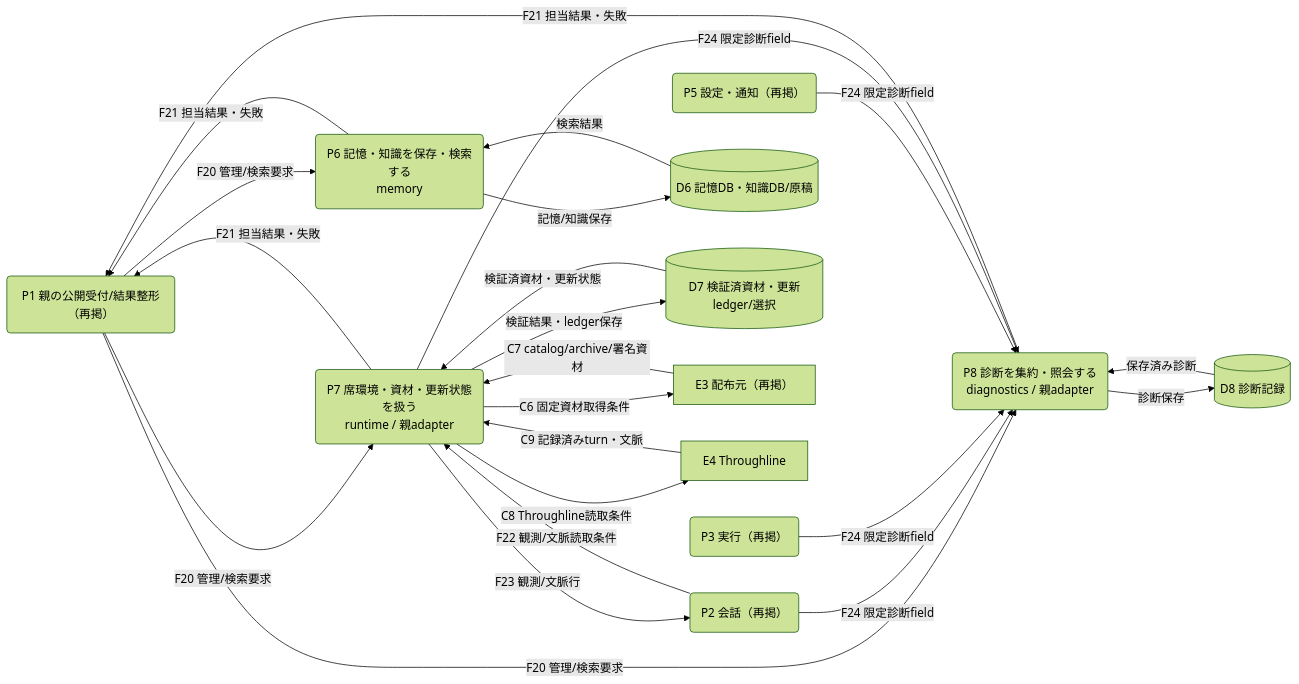
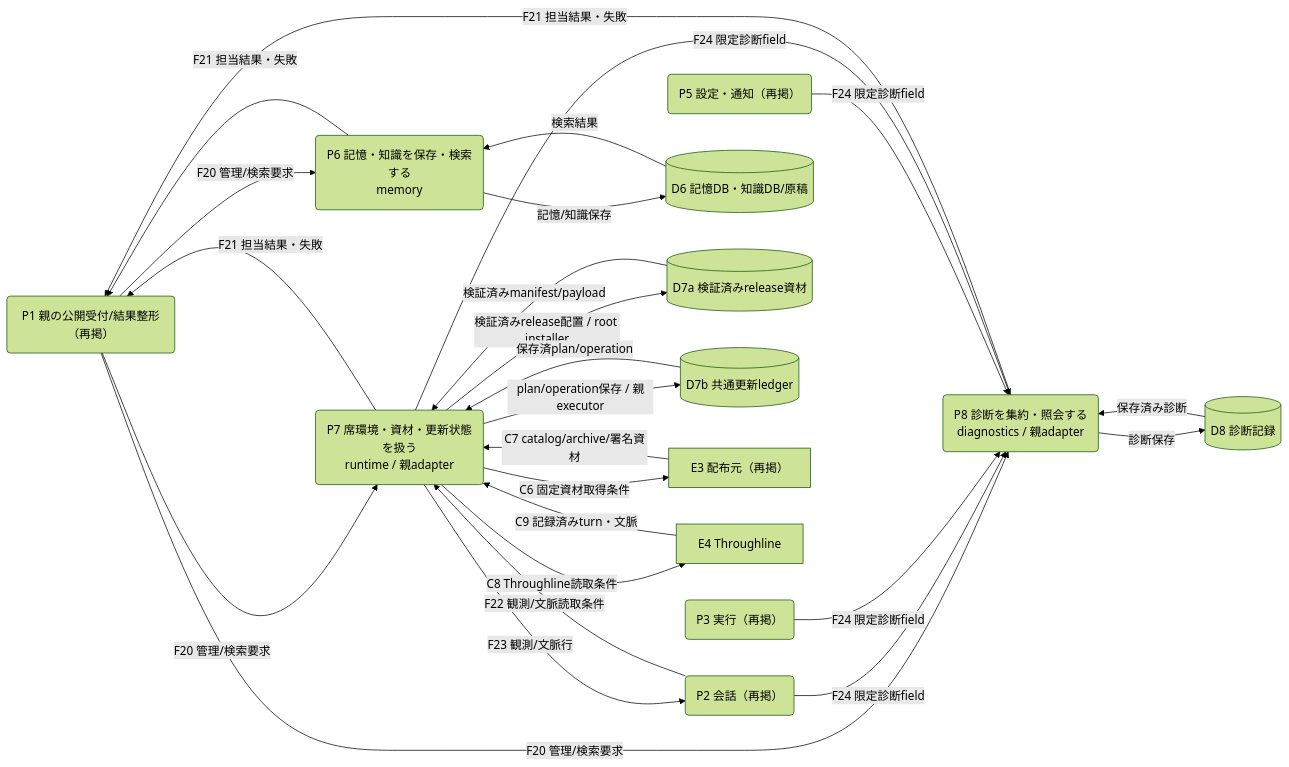
One commit to kitepon/BellTeam changed the third of 4 diagrams in docs/architecture/data-flow.md. Above: the diagram before and after it, drawn with Mermaid (forest theme). The commit also changed other lines of this file, not shown here.

````diff
--- a/docs/architecture/data-flow.md
+++ b/docs/architecture/data-flow.md
@@ -95,33 +98,36 @@
 ```mermaid
 flowchart LR
  P1("P1 親の公開受付/結果整形（再掲）")
  P2("P2 会話（再掲）")
  P3("P3 実行（再掲）")
  P5("P5 設定・通知（再掲）")
  P6("P6 記憶・知識を保存・検索する
 memory")
  P7("P7 席環境・資材・更新状態を扱う
 runtime / 親adapter")
  P8("P8 診断を集約・照会する
 diagnostics / 親adapter")
  D6[("D6 記憶DB・知識DB/原稿")]
- D7[("D7 検証済資材・更新ledger/選択")]
+ D7a[("D7a 検証済みrelease資材")]
+ D7b[("D7b 共通更新ledger")]
  D8[("D8 診断記録")]
  E3["E3 配布元（再掲）"]
  E4["E4 Throughline"]
  P1 -->|"F20 管理/検索要求"| P6 & P7 & P8
  P6 & P7 & P8 -->|"F21 担当結果・失敗"| P1
  P6 -->|"記憶/知識保存"| D6
  D6 -->|"検索結果"| P6
  P2 -->|"F22 観測/文脈読取条件"| P7
  P7 -->|"F23 観測/文脈行"| P2
  P7 -->|"C6 固定資材取得条件"| E3
  E3 -->|"C7 catalog/archive/署名資材"| P7
  P7 -->|"C8 Throughline読取条件"| E4
  E4 -->|"C9 記録済みturn・文脈"| P7
- P7 -->|"検証結果・ledger保存"| D7
- D7 -->|"検証済資材・更新状態"| P7
+ P7 -->|"検証済みrelease配置 / root installer"| D7a
+ D7a -->|"検証済みmanifest/payload"| P7
+ P7 -->|"plan/operation保存 / 親executor"| D7b
+ D7b -->|"保存済plan/operation"| P7
  P2 & P3 & P5 & P7 -->|"F24 限定診断field"| P8
  P8 -->|"診断保存"| D8
  D8 -->|"保存済み診断"| P8
 ```
````
